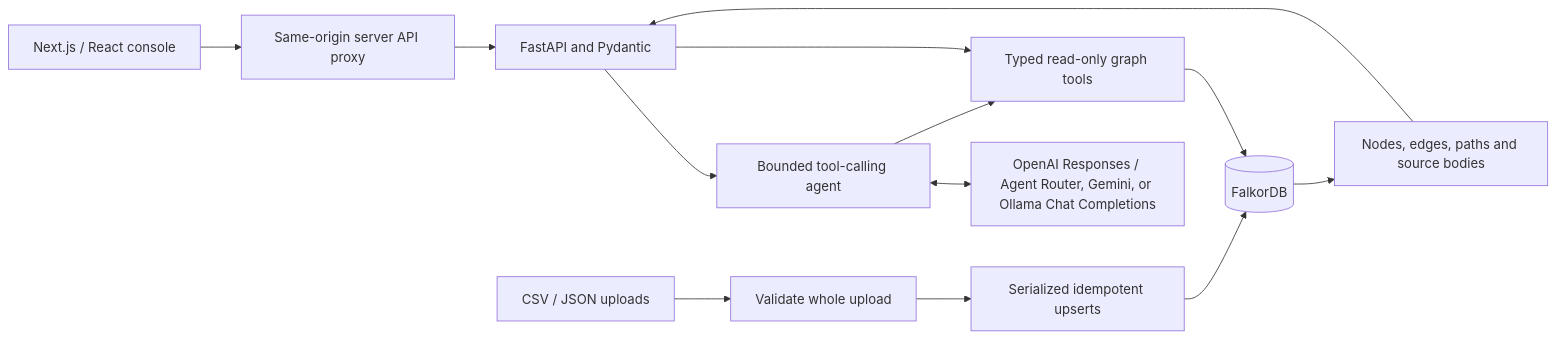
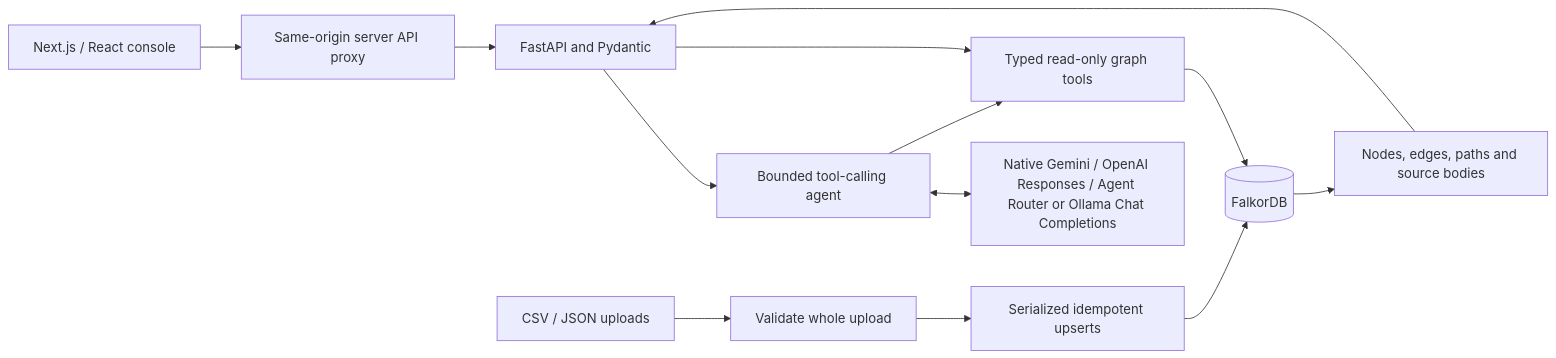
One commit to krshn0x/KnowGraph-AI-Standalone changed the diagram in docs/architecture.md. Above: the diagram before and after it, drawn with Mermaid. The commit also changed other lines of this file and 11 other files, not shown here.

Commit message:
Use native Gemini tool calling and add provider connection tests

````diff
--- a/docs/architecture.md
+++ b/docs/architecture.md
@@ -3,15 +3,15 @@
 ```mermaid
 flowchart LR
     UI[Next.js / React console] --> Proxy[Same-origin server API proxy]
     Proxy --> API[FastAPI and Pydantic]
     API --> Agent[Bounded tool-calling agent]
-    Agent <--> LLM[OpenAI Responses / Agent Router, Gemini, or Ollama Chat Completions]
+    Agent <--> LLM[Native Gemini / OpenAI Responses / Agent Router or Ollama Chat Completions]
     Agent --> Tools[Typed read-only graph tools]
     API --> Tools
     Tools --> DB[(FalkorDB)]
     Upload[CSV / JSON uploads] --> Validate[Validate whole upload]
     Validate --> Lock[Serialized idempotent upserts]
     Lock --> DB
     DB --> Evidence[Nodes, edges, paths and source bodies]
     Evidence --> API
 ```
````
